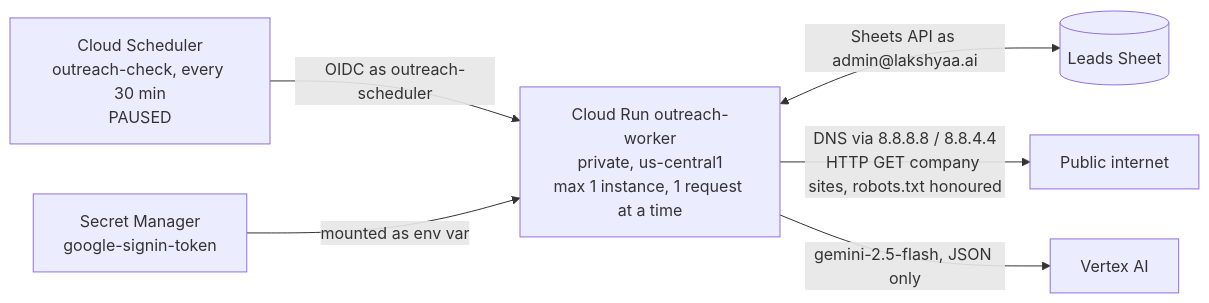
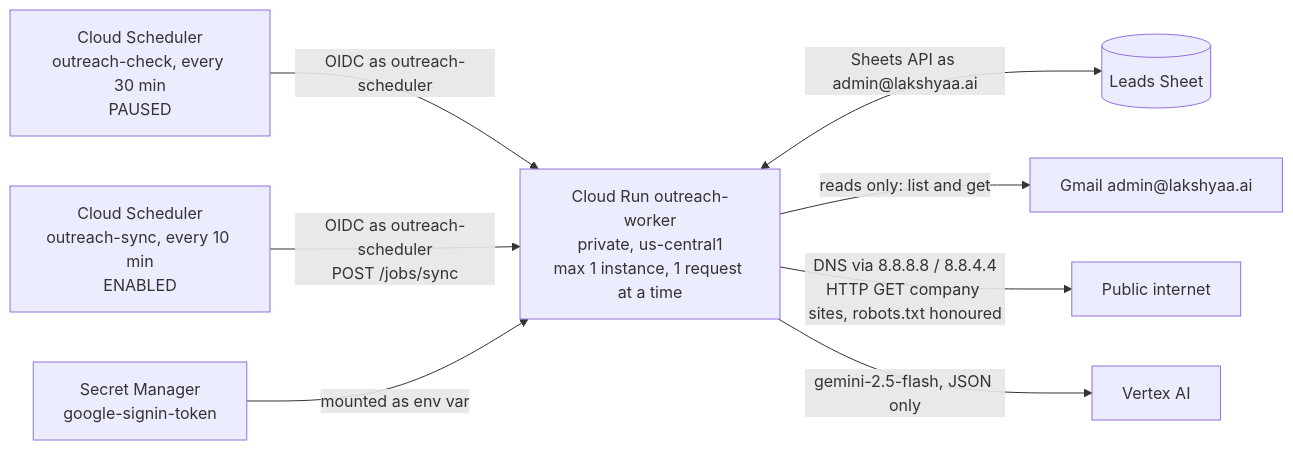
Before and after one commit to sivram04/groundtruth-outreach: the diagram in docs/AS_BUILT.md, drawn with Mermaid. The commit also changed other lines of this file and 1 other file, not shown here.

First line of the commit message:
Record the deploy of stage 4 and the ten-minute sync schedule

````diff
--- a/docs/AS_BUILT.md
+++ b/docs/AS_BUILT.md
@@ -28,8 +28,10 @@
 ```mermaid
 flowchart LR
   SCH[Cloud Scheduler<br/>outreach-check, every 30 min<br/>PAUSED] -->|OIDC as outreach-scheduler| W[Cloud Run outreach-worker<br/>private, us-central1<br/>max 1 instance, 1 request at a time]
+  SYN[Cloud Scheduler<br/>outreach-sync, every 10 min<br/>ENABLED] -->|OIDC as outreach-scheduler<br/>POST /jobs/sync| W
   SM[Secret Manager<br/>google-signin-token] -->|mounted as env var| W
   W <-->|Sheets API as admin@lakshyaa.ai| S[(Leads Sheet)]
+  W -->|reads only: list and get| G[Gmail admin@lakshyaa.ai]
   W -->|DNS via 8.8.8.8 / 8.8.4.4<br/>HTTP GET company sites, robots.txt honoured| NET[Public internet]
   W -->|gemini-2.5-flash, JSON only| V[Vertex AI]
 ```
````
